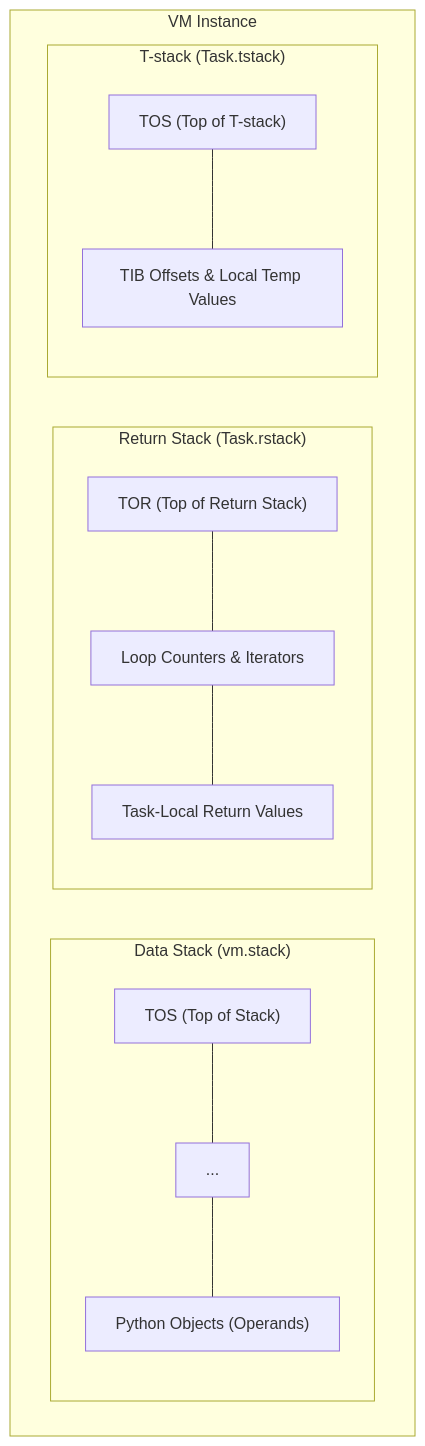
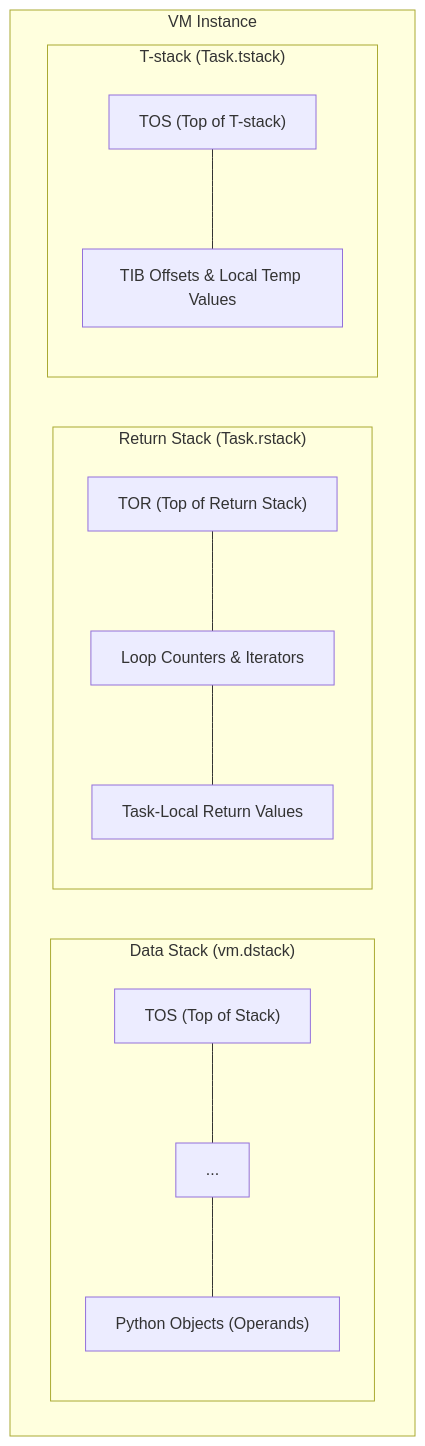
One commit to hcchengithub/playground-yr07d3ss changed the fourth of 6 diagrams in README.md. Above: the diagram before and after it, drawn with Mermaid. The commit also changed other lines of this file, not shown here.

Commit message:
docs: update peforth 2.1 stack, module order and English technical terms

````diff
--- a/README.md
+++ b/README.md
@@ -377,28 +379,28 @@
 ```mermaid
 flowchart TB
     subgraph VM ["VM Instance"]
         direction LR
-        subgraph DS ["Data Stack (vm.stack)"]
+        subgraph DS ["Data Stack (vm.dstack)"]
             direction TB
             D1["TOS (Top of Stack)"]
             D2["..."]
             D3["Python Objects (Operands)"]
             D1 --- D2
             D2 --- D3
         end
         subgraph RS ["Return Stack (Task.rstack)"]
             direction TB
             R1["TOR (Top of Return Stack)"]
             R2["Loop Counters & Iterators"]
             R3["Task-Local Return Values"]
             R1 --- R2
             R2 --- R3
         end
         subgraph TS ["T-stack (Task.tstack)"]
             direction TB
             T1["TOS (Top of T-stack)"]
             T2["TIB Offsets & Local Temp Values"]
             T1 --- T2
         end
     end
 ```
````
